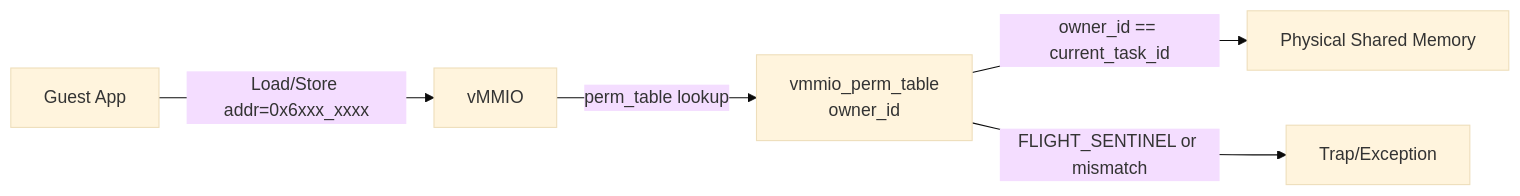
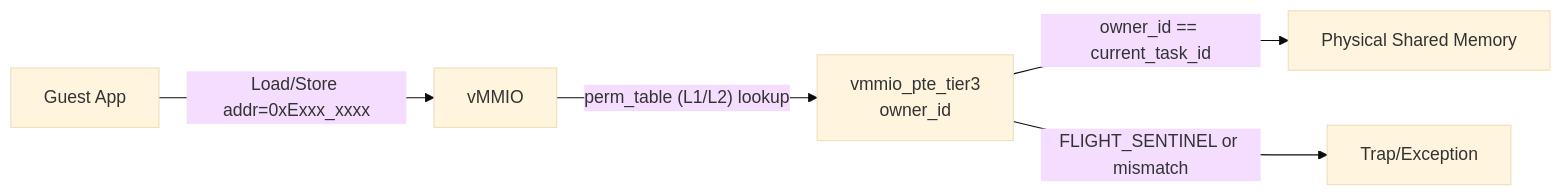
The third of 3 diagrams in docs/components/runtime/runtime_vmmio.md (kmt-t/fireball), drawn with Mermaid (base theme) before and after one commit. The commit also changed other lines of this file and 29 other files, not shown here.

````diff
--- a/docs/components/runtime/runtime_vmmio.md
+++ b/docs/components/runtime/runtime_vmmio.md
@@ -393,7 +464,7 @@
 ```mermaid
 graph LR
-    Guest[Guest App] -- Load/Store addr=0x6xxx_xxxx --> vMMIO
-    vMMIO -- perm_table lookup --> Entry[vmmio_perm_table\nowner_id]
+    Guest[Guest App] -- Load/Store addr=0xExxx_xxxx --> vMMIO
+    vMMIO -- perm_table (L1/L2) lookup --> Entry[vmmio_pte_tier3\nowner_id]
     Entry -- owner_id == current_task_id --> Phys[Physical Shared Memory]
     Entry -- FLIGHT_SENTINEL or mismatch --> Trap[Trap/Exception]
 ```
````
